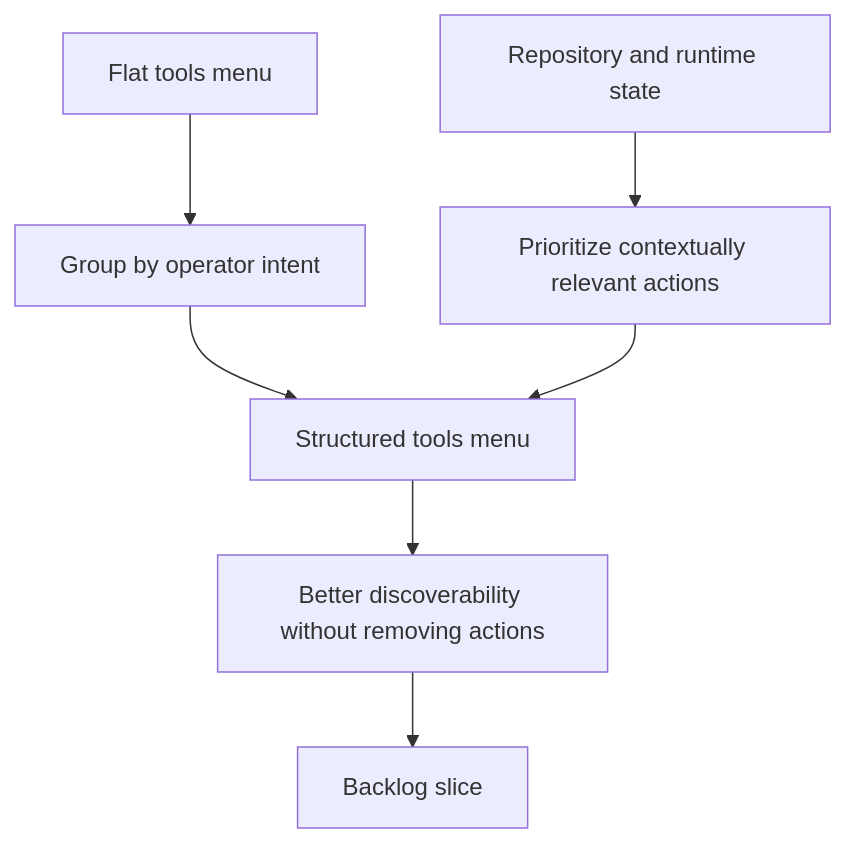
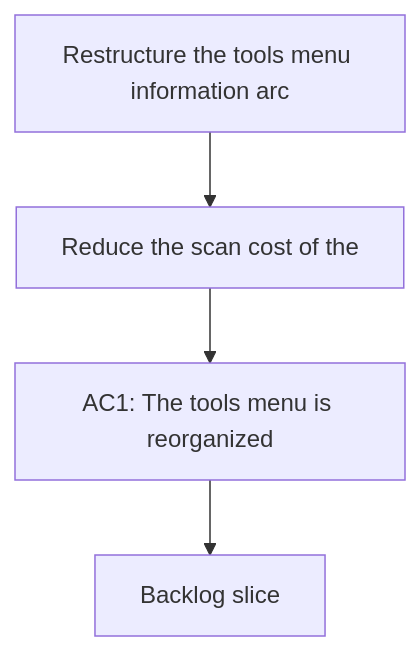
Before and after one commit to AlexAgo83/logics-manager: the diagram in logics/request/req_112_restructure_the_tools_menu_information_architecture_without_moving_actions_out_of_the_menu.md, drawn with Mermaid. The commit also changed other lines of this file and 481 other files, not shown here.

````diff
--- a/logics/request/req_112_restructure_the_tools_menu_information_architecture_without_moving_actions_out_of_the_menu.md
+++ b/logics/request/req_112_restructure_the_tools_menu_information_architecture_without_moving_actions_out_of_the_menu.md
@@ -31,11 +31,8 @@
 ```mermaid
 %% logics-kind: request
 %% logics-signature: request|restructure-the-tools-menu-information-a|reduce-the-scan-cost-of-the|ac1-the-tools-menu-is-reorganized
 flowchart TD
-    Flat[Flat tools menu] --> Group[Group by operator intent]
-    State[Repository and runtime state] --> Prioritize[Prioritize contextually relevant actions]
-    Group --> Menu[Structured tools menu]
-    Prioritize --> Menu
-    Menu --> Discoverability[Better discoverability without removing actions]
-    Discoverability --> Backlog[Backlog slice]
+    Trigger[Restructure the tools menu information arc] --> Need[Reduce the scan cost of the]
+    Need --> Outcome[AC1: The tools menu is reorganized]
+    Outcome --> Backlog[Backlog slice]
 ```
````
